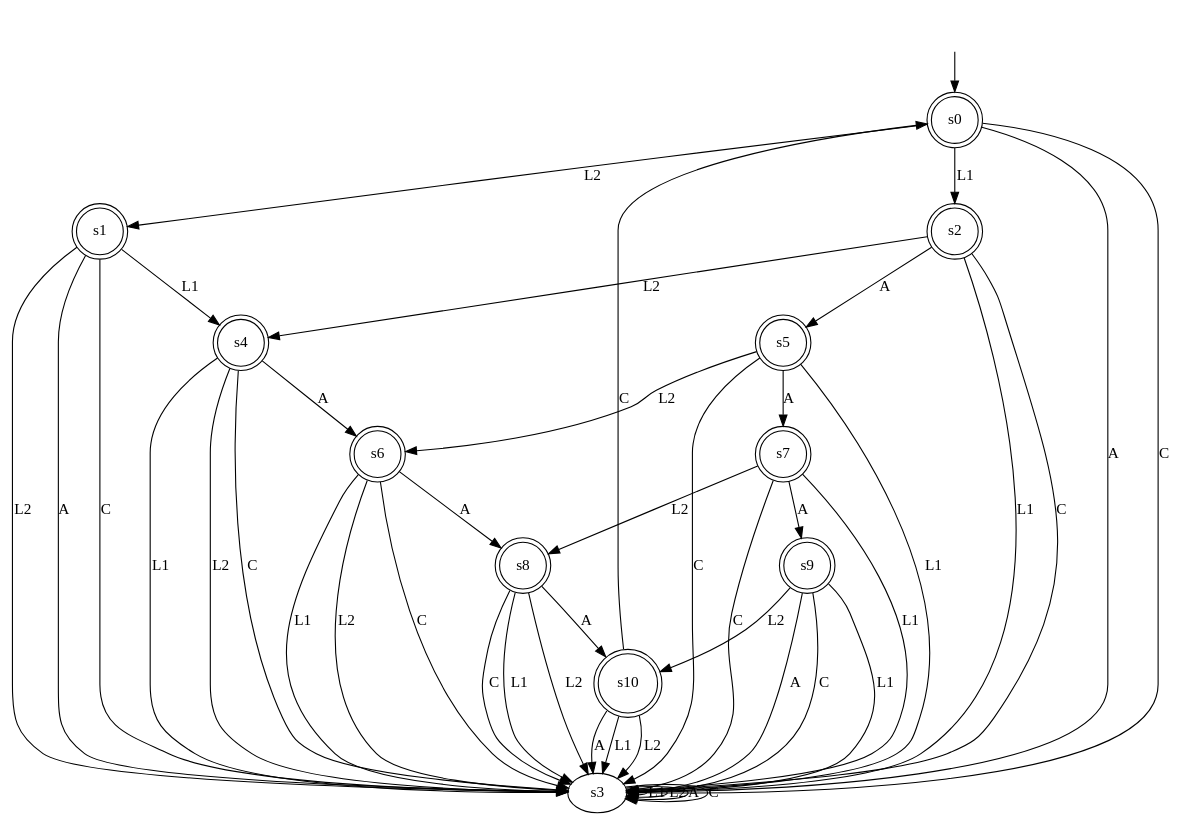
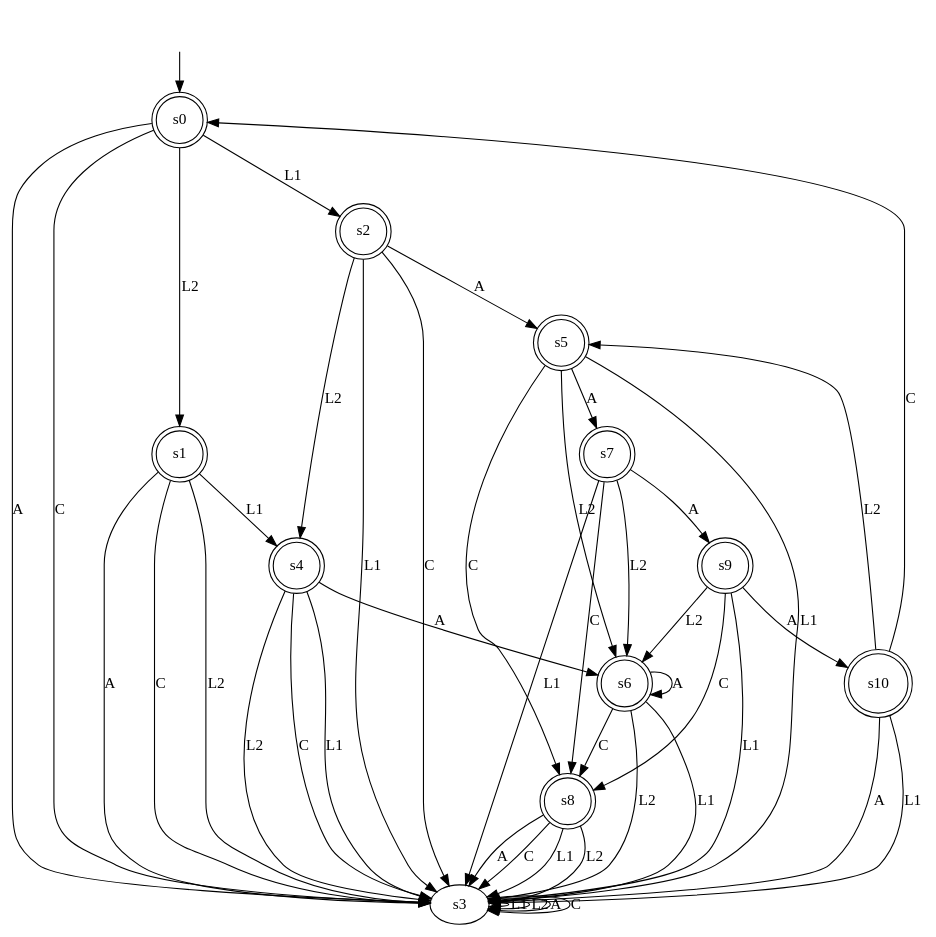
One commit to tomyaacov/lstar_dont_care changed the diagram in spec_dfa.dot. Above: the diagram before and after it, drawn with Graphviz. The commit also changed 6 other files, not shown here.

```diff
--- a/spec_dfa.dot
+++ b/spec_dfa.dot
@@ -1,59 +1,59 @@
 digraph spec_dfa {
 s0 [label=s0, shape=doublecircle];
 s1 [label=s1, shape=doublecircle];
 s2 [label=s2, shape=doublecircle];
 s3 [label=s3];
 s4 [label=s4, shape=doublecircle];
 s5 [label=s5, shape=doublecircle];
 s6 [label=s6, shape=doublecircle];
 s7 [label=s7, shape=doublecircle];
 s8 [label=s8, shape=doublecircle];
 s9 [label=s9, shape=doublecircle];
 s10 [label=s10, shape=doublecircle];
 s0 -> s1  [label=L2];
 s0 -> s2  [label=L1];
 s0 -> s3  [label=A];
 s0 -> s3  [label=C];
 s1 -> s4  [label=L1];
 s1 -> s3  [label=L2];
 s1 -> s3  [label=A];
 s1 -> s3  [label=C];
 s2 -> s4  [label=L2];
 s2 -> s5  [label=A];
 s2 -> s3  [label=L1];
 s2 -> s3  [label=C];
 s3 -> s3  [label=L1];
 s3 -> s3  [label=L2];
 s3 -> s3  [label=A];
 s3 -> s3  [label=C];
 s4 -> s6  [label=A];
 s4 -> s3  [label=L1];
 s4 -> s3  [label=L2];
 s4 -> s3  [label=C];
 s5 -> s6  [label=L2];
 s5 -> s7  [label=A];
+s5 -> s8  [label=C];
 s5 -> s3  [label=L1];
-s5 -> s3  [label=C];
-s6 -> s8  [label=A];
+s6 -> s6  [label=A];
+s6 -> s8  [label=C];
 s6 -> s3  [label=L1];
 s6 -> s3  [label=L2];
-s6 -> s3  [label=C];
-s7 -> s8  [label=L2];
 s7 -> s9  [label=A];
+s7 -> s6  [label=L2];
+s7 -> s8  [label=C];
 s7 -> s3  [label=L1];
-s7 -> s3  [label=C];
-s8 -> s10  [label=A];
 s8 -> s3  [label=L1];
 s8 -> s3  [label=L2];
+s8 -> s3  [label=A];
 s8 -> s3  [label=C];
-s9 -> s10  [label=L2];
+s9 -> s6  [label=L2];
+s9 -> s10  [label=A];
+s9 -> s8  [label=C];
 s9 -> s3  [label=L1];
-s9 -> s3  [label=A];
-s9 -> s3  [label=C];
+s10 -> s5  [label=L2];
 s10 -> s0  [label=C];
 s10 -> s3  [label=L1];
-s10 -> s3  [label=L2];
 s10 -> s3  [label=A];
 __start0 [label="", shape=none];
 __start0 -> s0  [label=""];
 }
```
